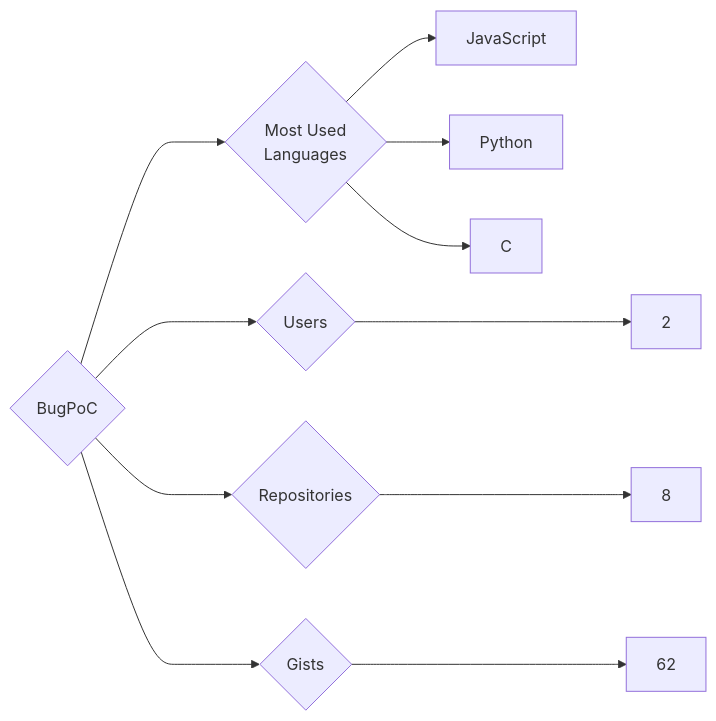
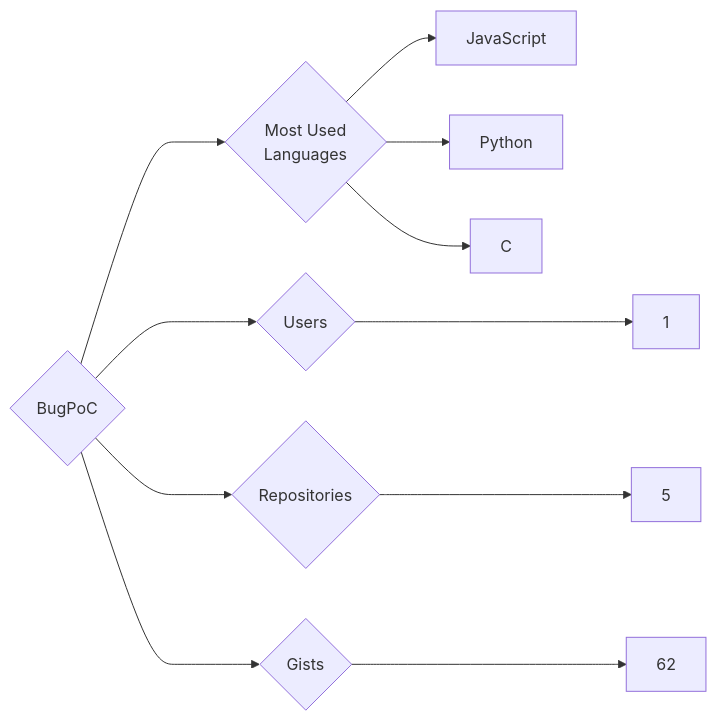
One commit to trickest/insiders changed the diagram in targets/BugPoC/README.md. Above: the diagram before and after it, drawn with Mermaid. The commit also changed 1003 other files, not shown here.

````diff
--- a/targets/BugPoC/README.md
+++ b/targets/BugPoC/README.md
@@ -3,11 +3,11 @@
 ```mermaid
 graph LR
 COMPANY_NAME{BugPoC}
-COMPANY_NAME ---> U{Users} ---> UN[2]
-COMPANY_NAME ---> R{Repositories} ---> RN[8]
+COMPANY_NAME ---> U{Users} ---> UN[1]
+COMPANY_NAME ---> R{Repositories} ---> RN[5]
 COMPANY_NAME ---> G{Gists} ---> GN[62]
 COMPANY_NAME ---> ML{Most Used<br>Languages}
 ML --> JavaScript[JavaScript]
 ML --> Python[Python]
 ML --> C[C]
 ```
````
